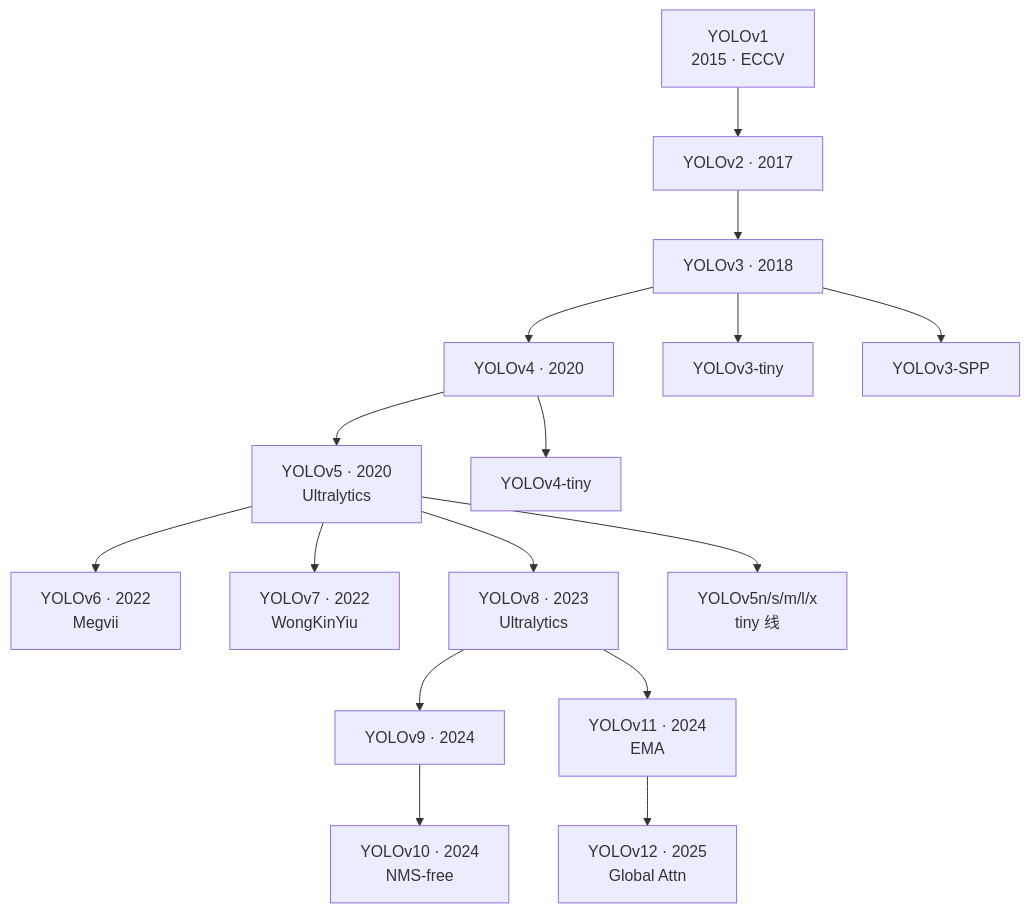
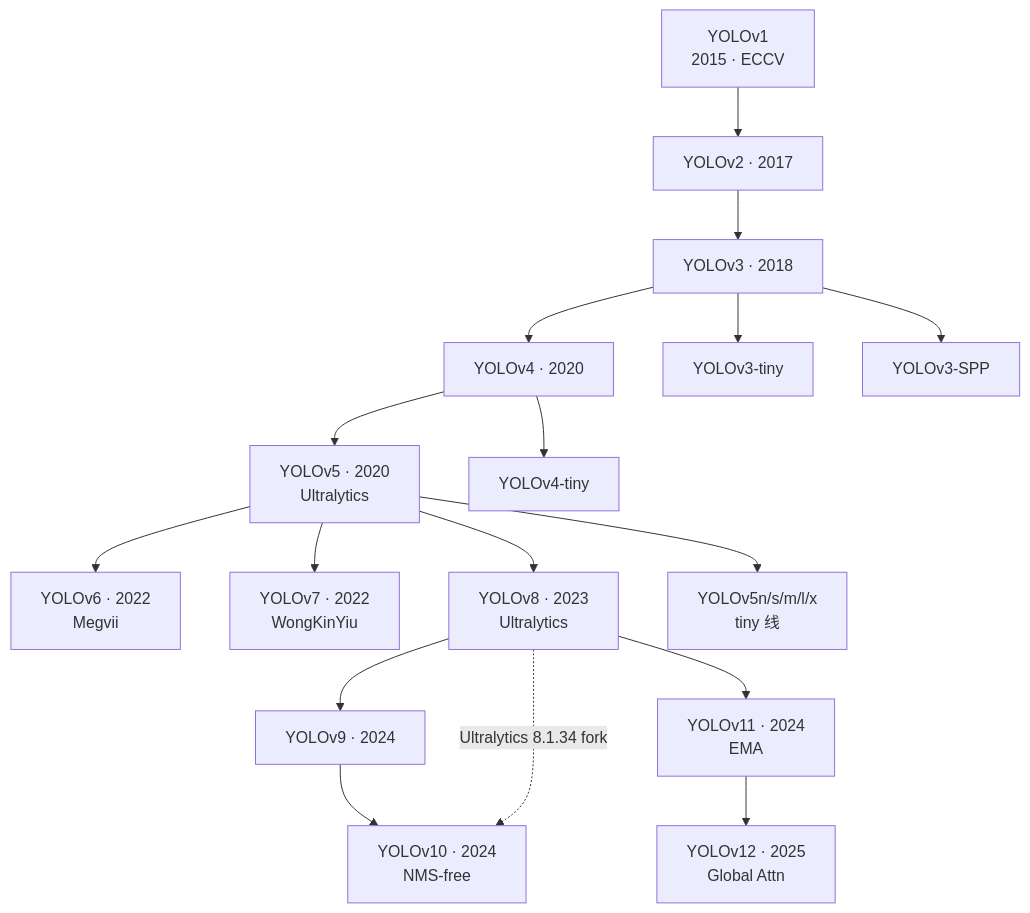
One commit to yejinlei/agent-yolo changed the first of 3 diagrams in docs/global/family.md. Above: the diagram before and after it, drawn with Mermaid. The commit also changed other lines of this file and 26 other files, not shown here.

````diff
--- a/docs/global/family.md
+++ b/docs/global/family.md
@@ -7,21 +7,22 @@
 ```mermaid
 flowchart TB
   V1[YOLOv1<br/>2015 · ECCV] --> V2[YOLOv2 · 2017]
   V2 --> V3[YOLOv3 · 2018]
   V3 --> V4[YOLOv4 · 2020]
   V3 --> V3T[YOLOv3-tiny]
   V3 --> V3S[YOLOv3-SPP]
 
   V4 --> V5[YOLOv5 · 2020<br/>Ultralytics]
   V4 --> V4T[YOLOv4-tiny]
 
   V5 --> V6[YOLOv6 · 2022<br/>Megvii]
   V5 --> V7[YOLOv7 · 2022<br/>WongKinYiu]
   V5 --> V8[YOLOv8 · 2023<br/>Ultralytics]
   V5 --> V5N[YOLOv5n/s/m/l/x<br/>tiny 线]
 
   V8 --> V9[YOLOv9 · 2024]
   V9 --> V10[YOLOv10 · 2024<br/>NMS-free]
+  V8 -.->|"Ultralytics 8.1.34 fork"| V10
   V8 --> V11[YOLOv11 · 2024<br/>EMA]
   V11 --> V12[YOLOv12 · 2025<br/>Global Attn]
 ```
````
